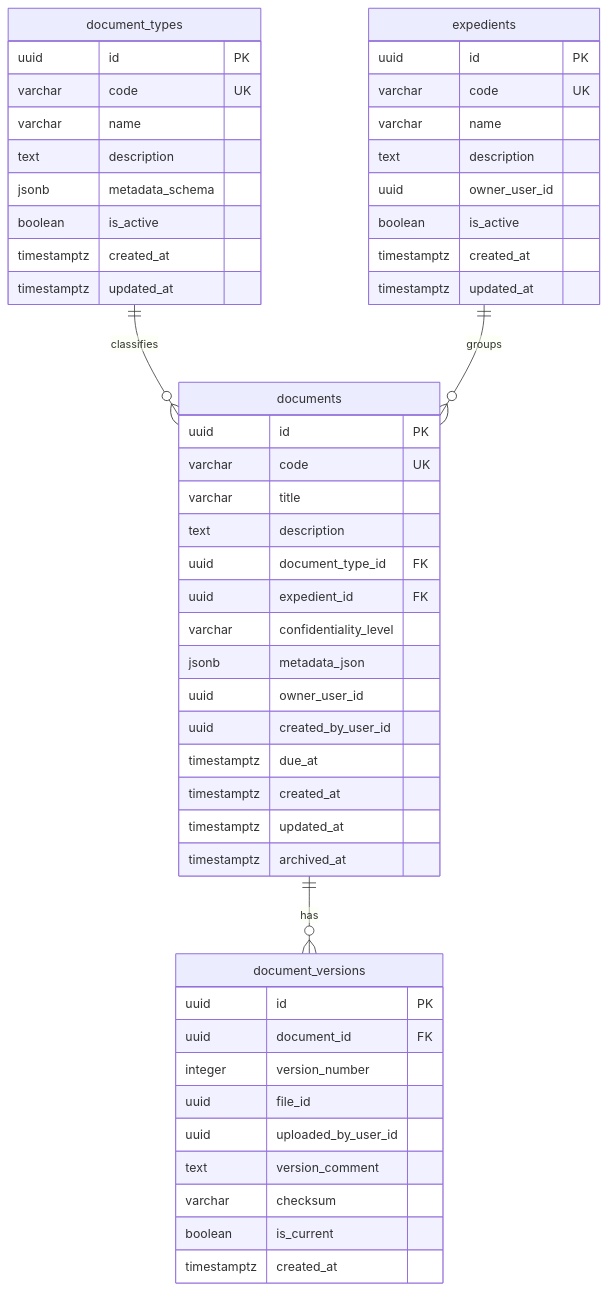
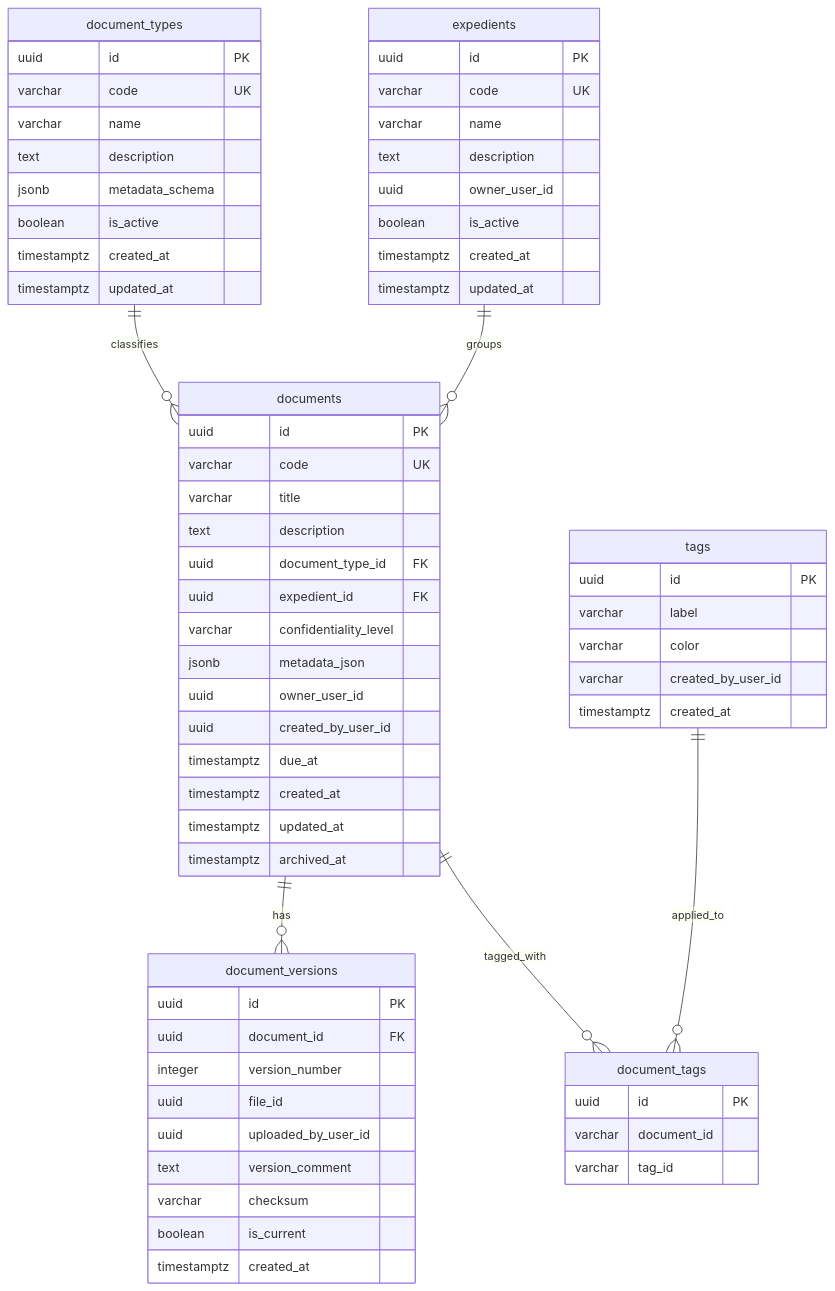
One commit to OrvarOddr/EDMS-project changed the diagram in docs/data/document-service-der.md. Above: the diagram before and after it, drawn with Mermaid. The commit also changed other lines of this file and 2 other files, not shown here.

````diff
--- a/docs/data/document-service-der.md
+++ b/docs/data/document-service-der.md
@@ -161,57 +209,73 @@
 ```mermaid
 erDiagram
     document_types ||--o{ documents : classifies
     expedients ||--o{ documents : groups
     documents ||--o{ document_versions : has
+    documents ||--o{ document_tags : tagged_with
+    tags ||--o{ document_tags : applied_to
 
     document_types {
         uuid id PK
         varchar code UK
         varchar name
         text description
         jsonb metadata_schema
         boolean is_active
         timestamptz created_at
         timestamptz updated_at
     }
 
     expedients {
         uuid id PK
         varchar code UK
         varchar name
         text description
         uuid owner_user_id
         boolean is_active
         timestamptz created_at
         timestamptz updated_at
     }
 
     documents {
         uuid id PK
         varchar code UK
         varchar title
         text description
         uuid document_type_id FK
         uuid expedient_id FK
         varchar confidentiality_level
         jsonb metadata_json
         uuid owner_user_id
         uuid created_by_user_id
         timestamptz due_at
         timestamptz created_at
         timestamptz updated_at
         timestamptz archived_at
     }
 
     document_versions {
         uuid id PK
         uuid document_id FK
         integer version_number
         uuid file_id
         uuid uploaded_by_user_id
         text version_comment
         varchar checksum
         boolean is_current
         timestamptz created_at
     }
+
+    tags {
+        uuid id PK
+        varchar label
+        varchar color
+        varchar created_by_user_id
+        timestamptz created_at
+    }
+
+    document_tags {
+        uuid id PK
+        varchar document_id
+        varchar tag_id
+    }
 ```
````
